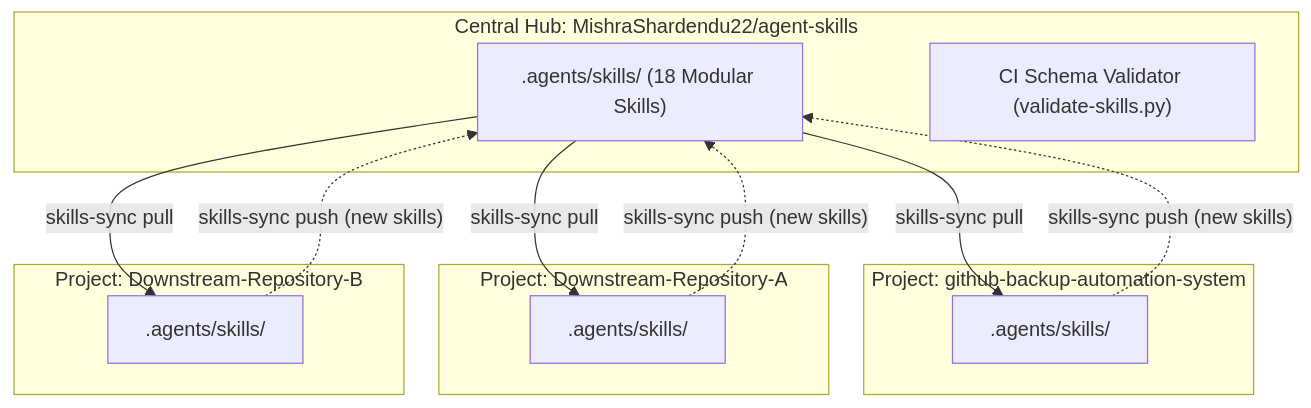
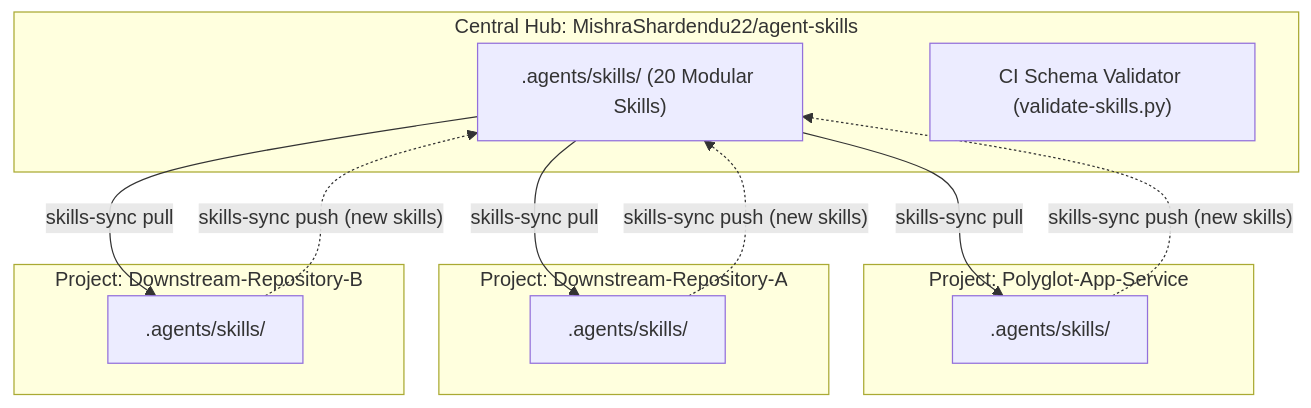
The diagram in README.md (Career-Cafe/agent-skills-hub-sync-engine), drawn with Mermaid before and after one commit. The commit also changed other lines of this file and 21 other files, not shown here.

````diff
--- a/README.md
+++ b/README.md
@@ -57,27 +57,27 @@
 ```mermaid
 flowchart TD
     subgraph Hub["Central Hub: MishraShardendu22/agent-skills"]
-        MasterSkills[".agents/skills/ (18 Modular Skills)"]
+        MasterSkills[".agents/skills/ (20 Modular Skills)"]
         Validator["CI Schema Validator (validate-skills.py)"]
     end
 
-    subgraph Repo1["Project: github-backup-automation-system"]
+    subgraph Repo1["Project: Polyglot-App-Service"]
         P1Skills[".agents/skills/"]
     end
 
     subgraph Repo2["Project: Downstream-Repository-A"]
         P2Skills[".agents/skills/"]
     end
 
     subgraph Repo3["Project: Downstream-Repository-B"]
         P3Skills[".agents/skills/"]
     end
 
     MasterSkills -- "skills-sync pull" --> P1Skills
     MasterSkills -- "skills-sync pull" --> P2Skills
     MasterSkills -- "skills-sync pull" --> P3Skills
 
     P1Skills -. "skills-sync push (new skills)" .-> MasterSkills
     P2Skills -. "skills-sync push (new skills)" .-> MasterSkills
     P3Skills -. "skills-sync push (new skills)" .-> MasterSkills
 ```
````
